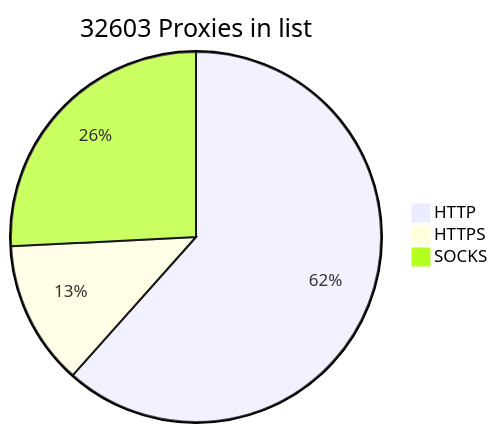
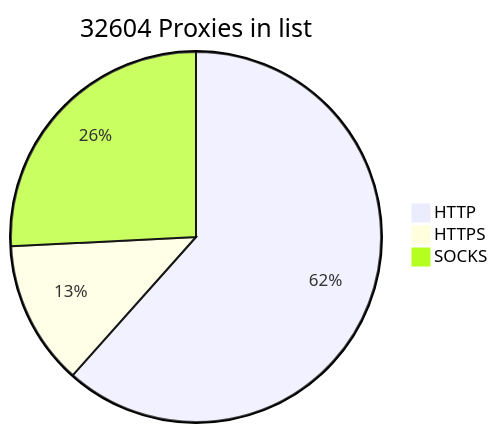
One commit to BlackSnowDot/proxylist-update-every-minute changed the diagram in README.md. Above: the diagram before and after it, drawn with Mermaid.

````diff
--- a/README.md
+++ b/README.md
@@ -2,6 +2,6 @@
 ```mermaid
-pie title 32603 Proxies in list
+pie title 32604 Proxies in list
     "HTTP" : 22175
     "HTTPS": 4540
-    "SOCKS" : 9289
+    "SOCKS" : 9290
 ```
````
